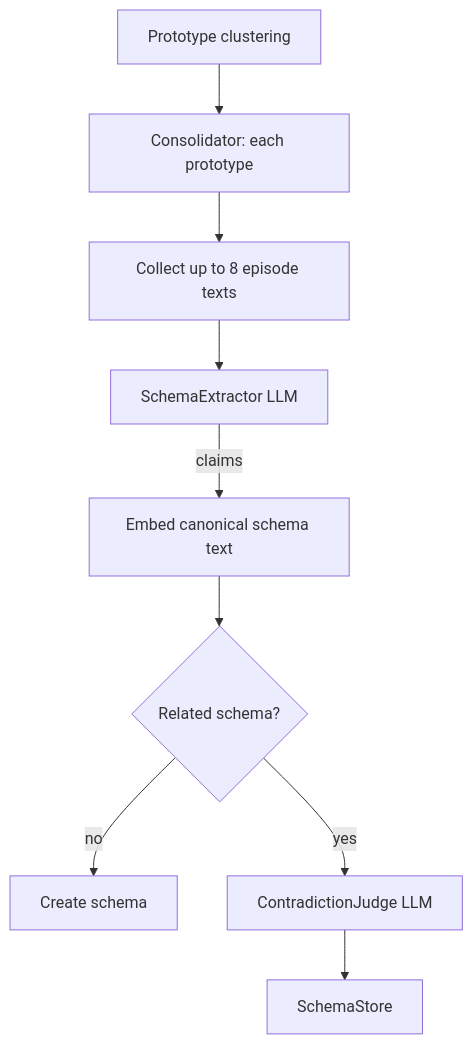
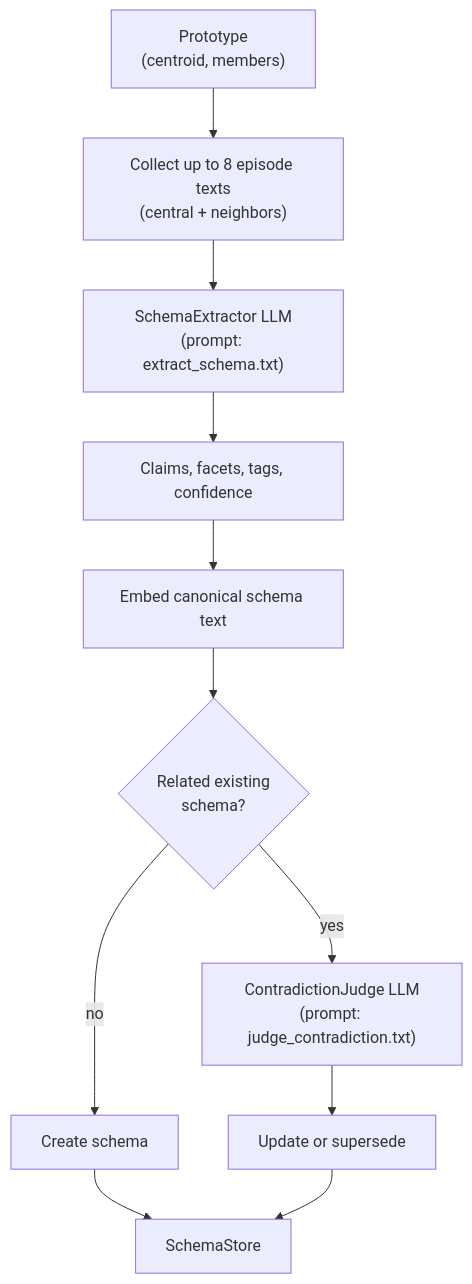
One commit to mrsalty/slowave changed diagram 13 of 15 in docs/architecture.md. Above: the diagram before and after it, drawn with Mermaid. The commit also changed other lines of this file, not shown here.

Commit message:
integrate architecture documentation

````diff
--- a/docs/architecture.md
+++ b/docs/architecture.md
@@ -318,11 +893,21 @@
 ```mermaid
 flowchart TD
-    P[Prototype clustering] --> C[Consolidator: each prototype]
-    C --> ET[Collect up to 8 episode texts]
-    ET --> EX[SchemaExtractor LLM]
-    EX -->|claims| EMB[Embed canonical schema text]
-    EMB --> REL{Related schema?}
-    REL -->|no| CR[Create schema]
-    REL -->|yes| JDG[ContradictionJudge LLM]
-    JDG --> SS[SchemaStore]
+    Proto["Prototype<br/>(centroid, members)"]
+    Collect["Collect up to 8 episode texts<br/>(central + neighbors)"]
+    LLM["SchemaExtractor LLM<br/>(prompt: extract_schema.txt)"]
+    Output["Claims, facets, tags, confidence"]
+    Embed["Embed canonical schema text"]
+    Related{"Related existing<br/>schema?"}
+    
+    Proto --> Collect
+    Collect --> LLM
+    LLM --> Output
+    Output --> Embed
+    Embed --> Related
+    Related -->|no| Create["Create schema"]
+    Related -->|yes| Judge["ContradictionJudge LLM<br/>(prompt: judge_contradiction.txt)"]
+    Judge --> Update["Update or supersede"]
+    
+    Create --> Store["SchemaStore"]
+    Update --> Store
 ```
````
